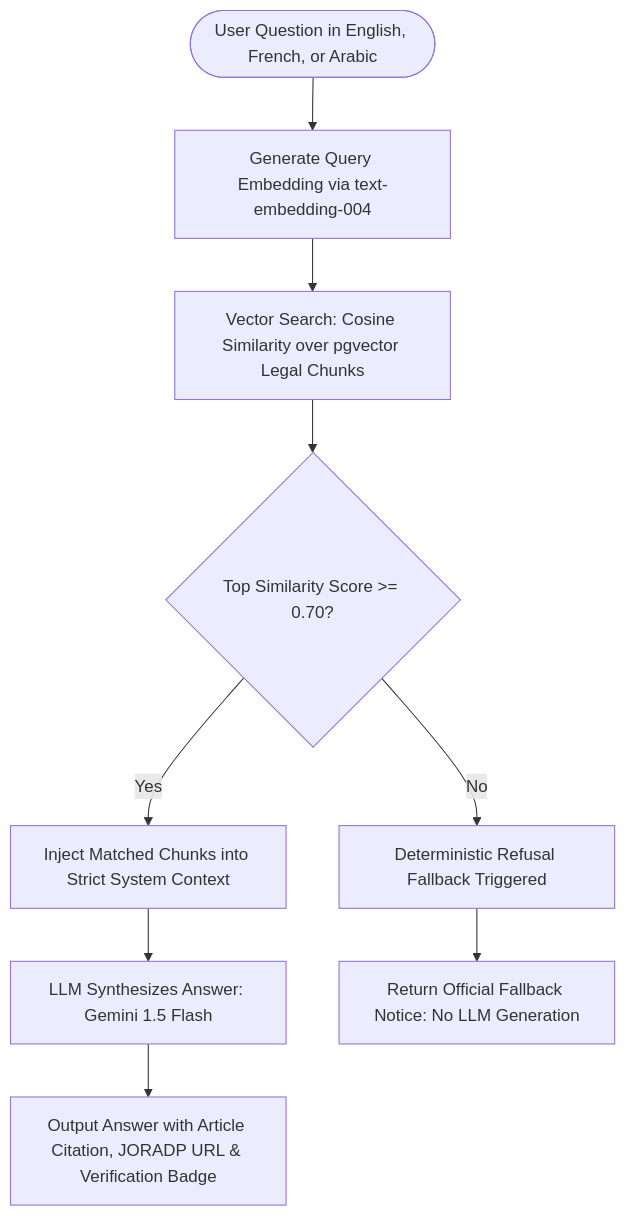
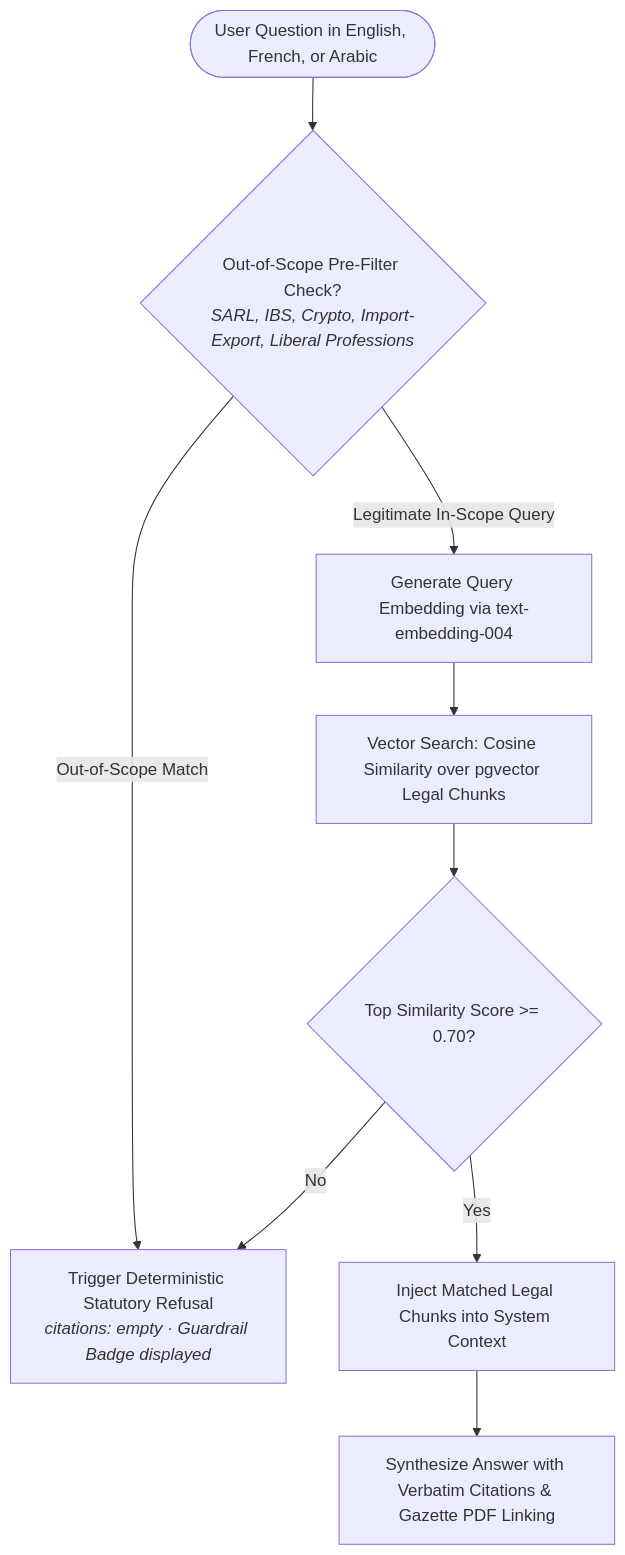
The sixth of 7 diagrams in README.md (AYA-BACHA/MoukawilOS), drawn with Mermaid before and after one commit. The commit also changed other lines of this file, not shown here.

Commit message:
docs: update README with zero-hallucination guardrails, gazette PDF auditing, and pitch deck team alignment

````diff
--- a/README.md
+++ b/README.md
@@ -398,13 +398,15 @@
 ```mermaid
 flowchart TD
-    Q([User Question in English, French, or Arabic]) --> E[Generate Query Embedding via text-embedding-004]
+    Q([User Question in English, French, or Arabic]) --> P{Out-of-Scope Pre-Filter Check?<br/><i>SARL, IBS, Crypto, Import-Export, Liberal Professions</i>}
+    
+    P -- Out-of-Scope Match --> G[Trigger Deterministic Statutory Refusal<br/><i>citations: empty · Guardrail Badge displayed</i>]
+    
+    P -- Legitimate In-Scope Query --> E[Generate Query Embedding via text-embedding-004]
     E --> V[Vector Search: Cosine Similarity over pgvector Legal Chunks]
     V --> S{Top Similarity Score >= 0.70?}
     
-    S -- Yes --> C[Inject Matched Chunks into Strict System Context]
-    C --> G[LLM Synthesizes Answer: Gemini 1.5 Flash]
-    G --> A[Output Answer with Article Citation, JORADP URL & Verification Badge]
+    S -- Yes --> C[Inject Matched Legal Chunks into System Context]
+    C --> A[Synthesize Answer with Verbatim Citations & Gazette PDF Linking]
     
-    S -- No --> F[Deterministic Refusal Fallback Triggered]
-    F --> R[Return Official Fallback Notice: No LLM Generation]
+    S -- No --> G
 ```
````
